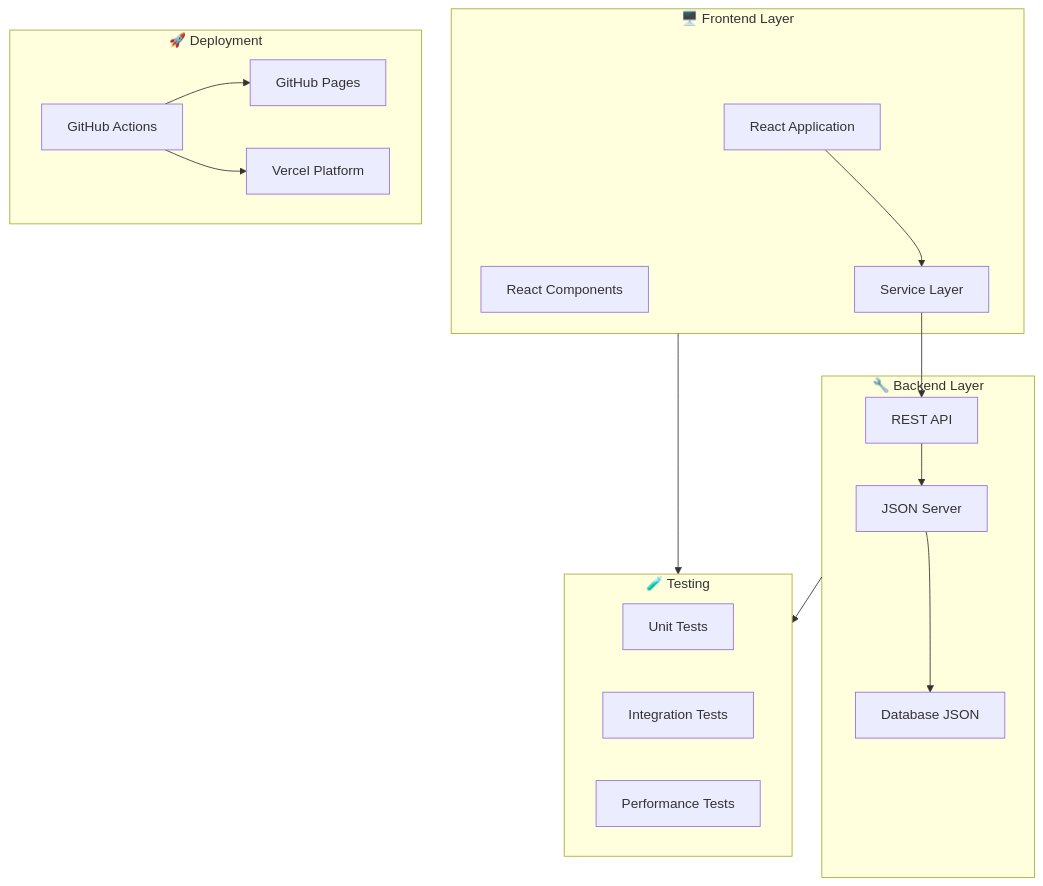
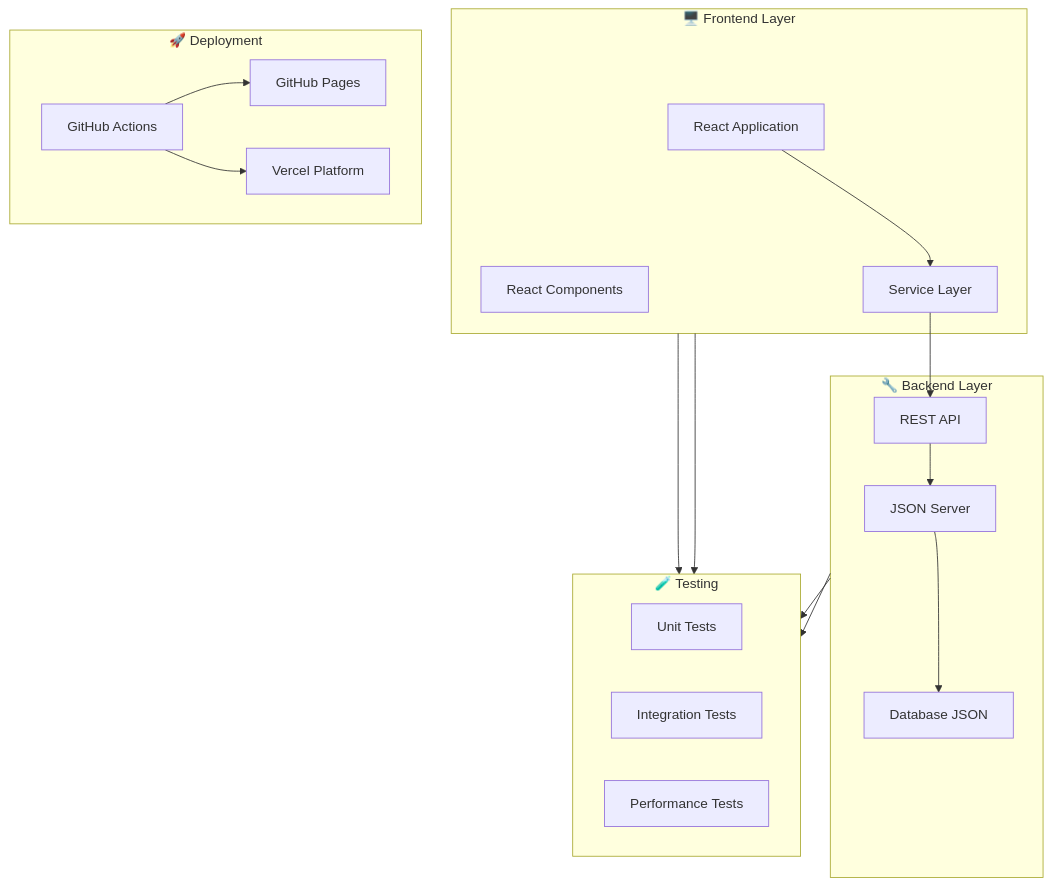
The first of 8 diagrams in README.md (devops-choi/todo-react), drawn with Mermaid before and after one commit. The commit also changed 14 other files, not shown here.

````diff
--- a/README.md
+++ b/README.md
@@ -17,37 +17,39 @@
 ```mermaid
 flowchart TB
     subgraph Frontend["🖥️ Frontend Layer"]
         React[React Application]
         Components[React Components]
         Services[Service Layer]
     end
     
     subgraph Backend["🔧 Backend Layer"]
         JSONServer[JSON Server]
         Database[Database JSON]
         API[REST API]
     end
     
     subgraph Deploy["🚀 Deployment"]
         GHPages[GitHub Pages]
         Vercel[Vercel Platform]
         Actions[GitHub Actions]
     end
     
     subgraph Testing["🧪 Testing"]
         Unit[Unit Tests]
         Integration[Integration Tests]
         Performance[Performance Tests]
     end
 
     React --> Services
     Services --> API
     API --> JSONServer
     JSONServer --> Database
     
     Actions --> GHPages
     Actions --> Vercel
     
     Frontend --> Testing
     Backend --> Testing
+    Frontend --> Testing
+    Backend --> Testing
 ```
````
